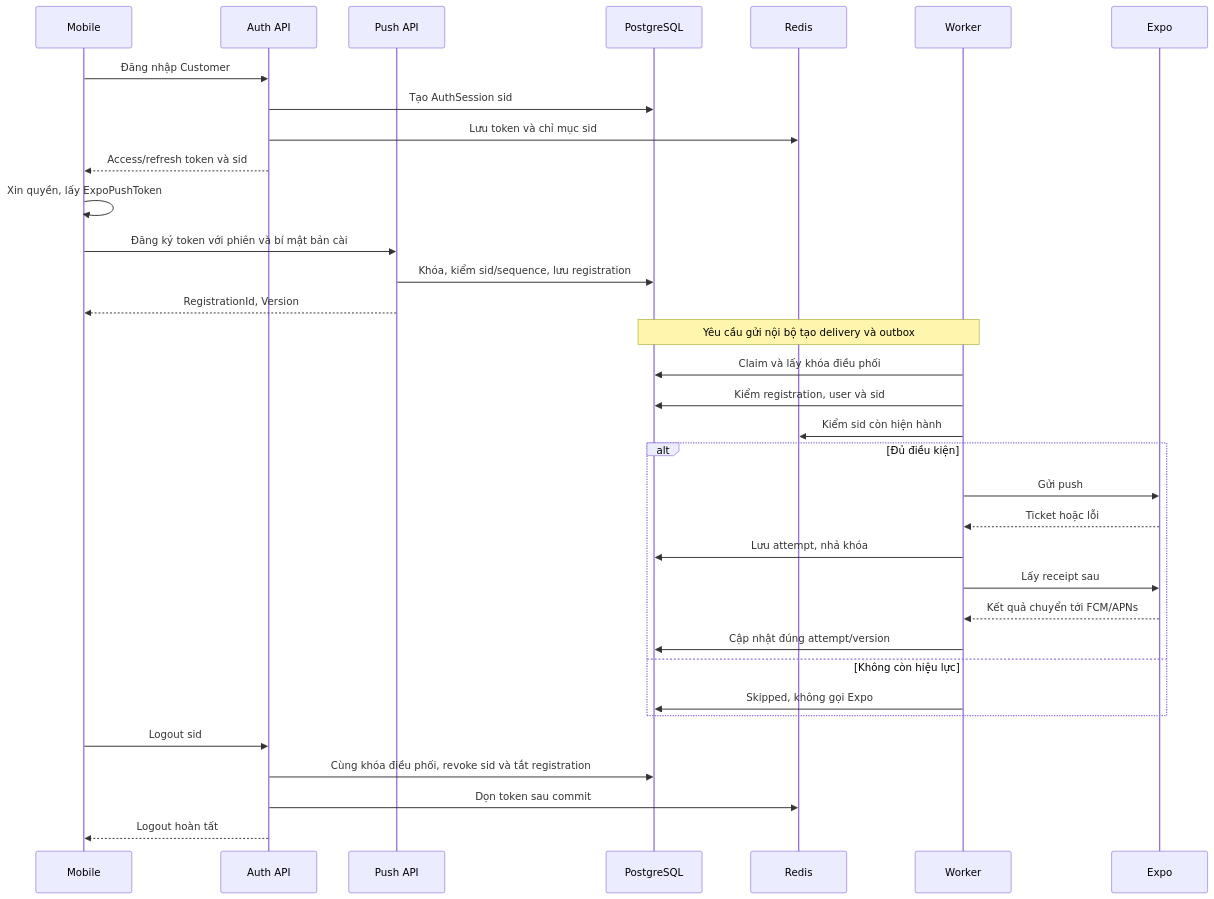
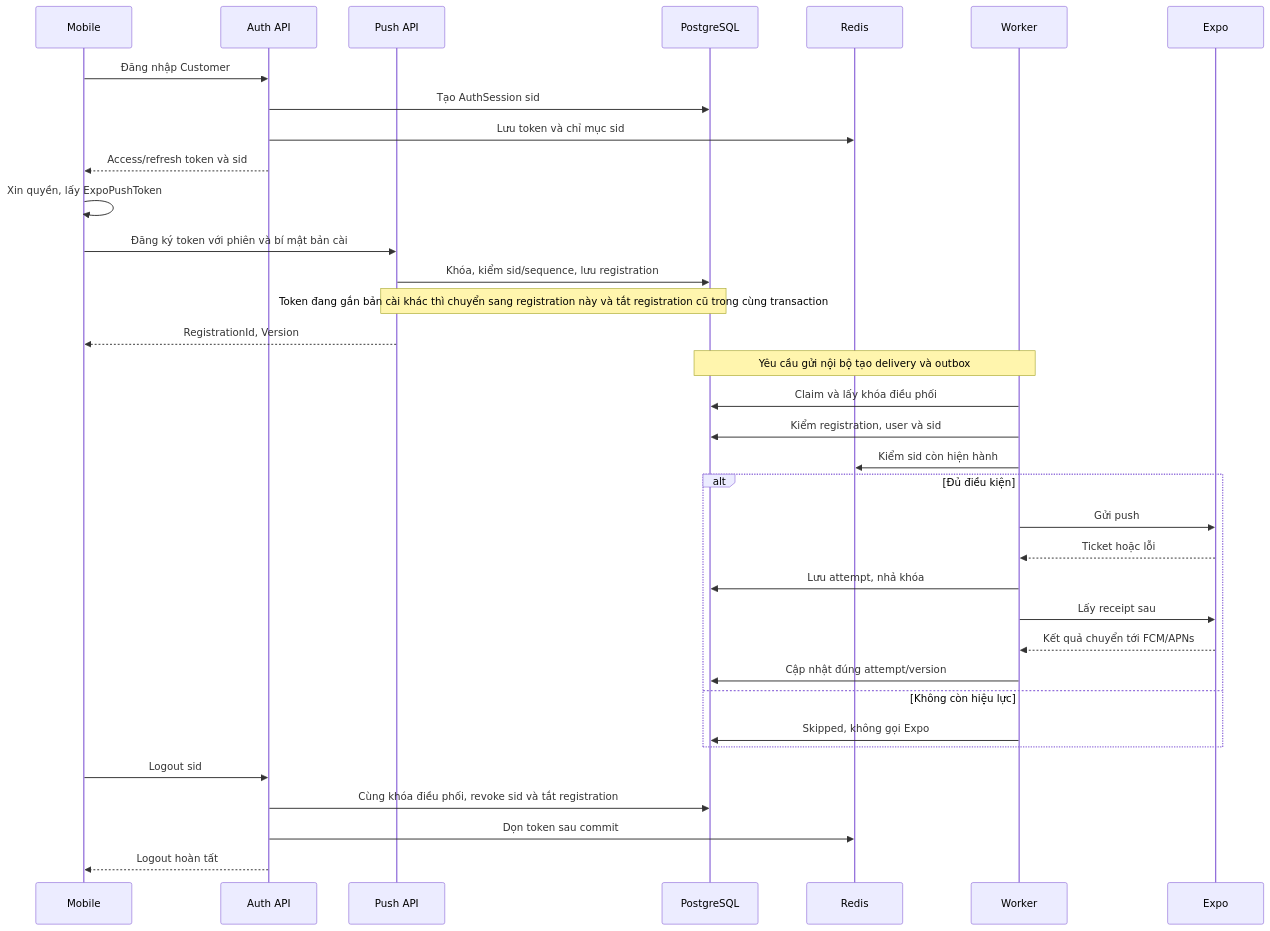
Before and after one commit to TaskCoper/bmt-documentation: the second of 5 diagrams in tdd/TDD-PUSH-001.md, drawn with Mermaid. The commit also changed other lines of this file and 19 other files, not shown here.

````diff
--- a/tdd/TDD-PUSH-001.md
+++ b/tdd/TDD-PUSH-001.md
@@ -171,36 +179,37 @@
 ```mermaid
 sequenceDiagram
     participant M as Mobile
     participant A as Auth API
     participant P as Push API
     participant DB as PostgreSQL
     participant R as Redis
     participant W as Worker
     participant E as Expo
     M->>A: Đăng nhập Customer
     A->>DB: Tạo AuthSession sid
     A->>R: Lưu token và chỉ mục sid
     A-->>M: Access/refresh token và sid
     M->>M: Xin quyền, lấy ExpoPushToken
     M->>P: Đăng ký token với phiên và bí mật bản cài
     P->>DB: Khóa, kiểm sid/sequence, lưu registration
+    Note over P,DB: Token đang gắn bản cài khác thì chuyển sang registration này và tắt registration cũ trong cùng transaction
     P-->>M: RegistrationId, Version
     Note over DB,W: Yêu cầu gửi nội bộ tạo delivery và outbox
     W->>DB: Claim và lấy khóa điều phối
     W->>DB: Kiểm registration, user và sid
     W->>R: Kiểm sid còn hiện hành
     alt Đủ điều kiện
         W->>E: Gửi push
         E-->>W: Ticket hoặc lỗi
         W->>DB: Lưu attempt, nhả khóa
         W->>E: Lấy receipt sau
         E-->>W: Kết quả chuyển tới FCM/APNs
         W->>DB: Cập nhật đúng attempt/version
     else Không còn hiệu lực
         W->>DB: Skipped, không gọi Expo
     end
     M->>A: Logout sid
     A->>DB: Cùng khóa điều phối, revoke sid và tắt registration
     A->>R: Dọn token sau commit
     A-->>M: Logout hoàn tất
 ```
````
